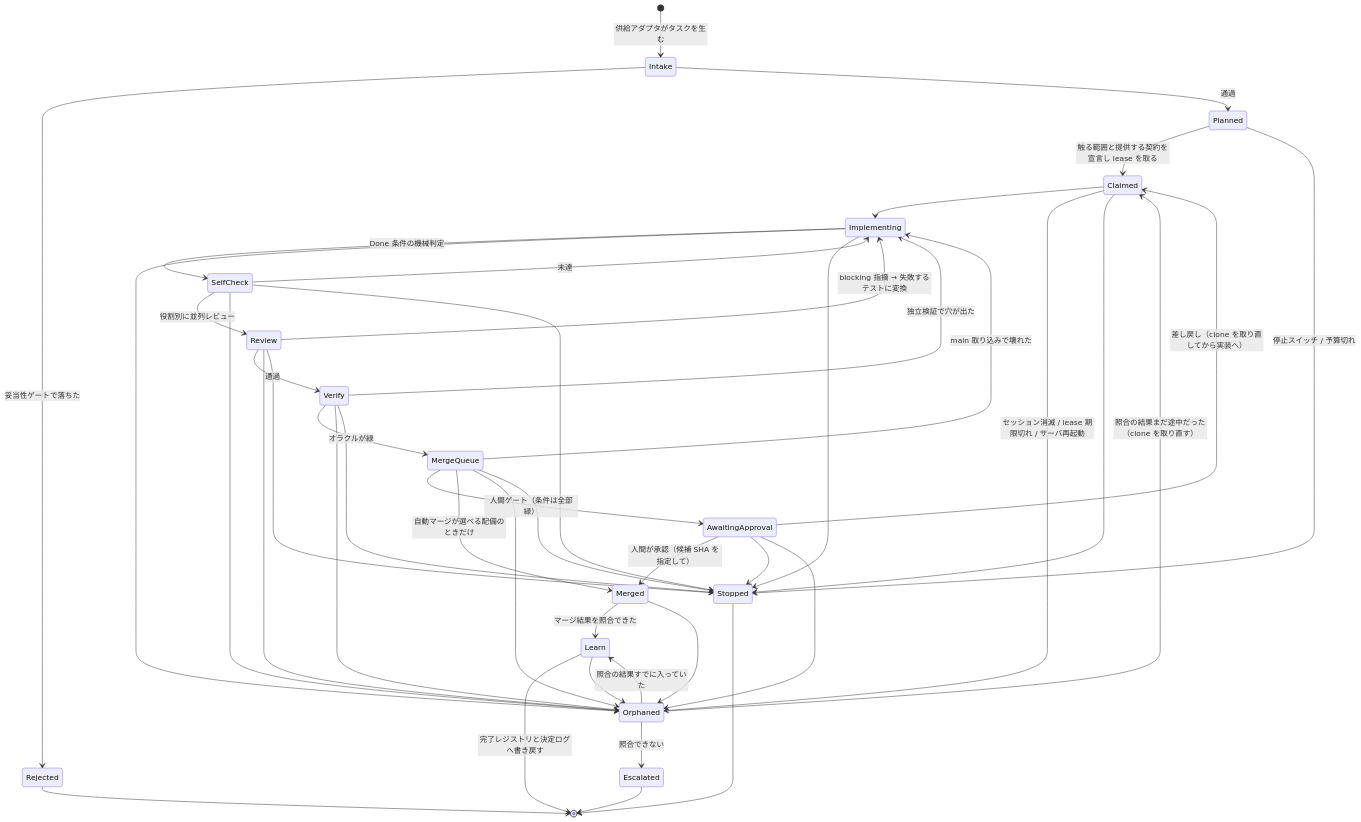
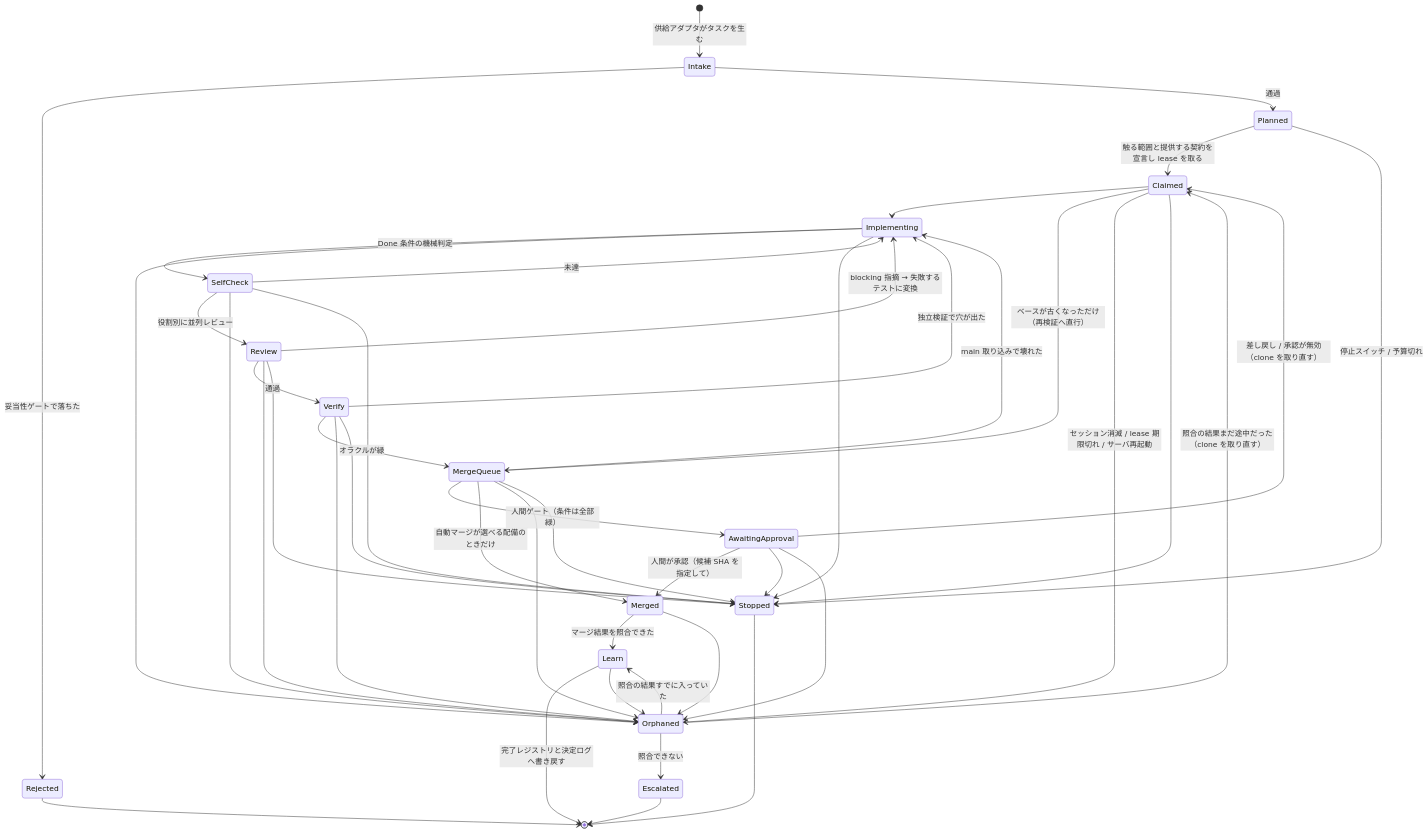
One commit to highfar-projects/mulmoterminal changed the first of 2 diagrams in future/autonomous-delivery-pipeline.md. Above: the diagram before and after it, drawn with Mermaid. The commit also changed other lines of this file and 1 other file, not shown here.

````diff
--- a/future/autonomous-delivery-pipeline.md
+++ b/future/autonomous-delivery-pipeline.md
@@ -30,46 +30,47 @@
 ```mermaid
 stateDiagram-v2
     [*] --> Intake: 供給アダプタがタスクを生む
     Intake --> Rejected: 妥当性ゲートで落ちた
     Intake --> Planned: 通過
     Planned --> Claimed: 触る範囲と提供する契約を宣言し lease を取る
     Claimed --> Implementing
+    Claimed --> MergeQueue: ベースが古くなっただけ（再検証へ直行）
     Implementing --> SelfCheck: Done 条件の機械判定
     SelfCheck --> Implementing: 未達
     SelfCheck --> Review: 役割別に並列レビュー
     SelfCheck --> Orphaned
     SelfCheck --> Stopped
     Review --> Implementing: blocking 指摘 → 失敗するテストに変換
     Review --> Verify: 通過
     Verify --> Implementing: 独立検証で穴が出た
     Verify --> MergeQueue: オラクルが緑
     MergeQueue --> Implementing: main 取り込みで壊れた
     MergeQueue --> AwaitingApproval: 人間ゲート（条件は全部緑）
     AwaitingApproval --> Merged: 人間が承認（候補 SHA を指定して）
-    AwaitingApproval --> Claimed: 差し戻し（clone を取り直してから実装へ）
+    AwaitingApproval --> Claimed: 差し戻し / 承認が無効（clone を取り直す）
     MergeQueue --> Merged: 自動マージが選べる配備のときだけ
     Merged --> Learn: マージ結果を照合できた
     Learn --> [*]: 完了レジストリと決定ログへ書き戻す
     Rejected --> [*]
 
     Claimed --> Orphaned: セッション消滅 / lease 期限切れ / サーバ再起動
     Implementing --> Orphaned
     Review --> Orphaned
     Verify --> Orphaned
     MergeQueue --> Orphaned
     Merged --> Orphaned
     Learn --> Orphaned
     Orphaned --> Claimed: 照合の結果まだ途中だった（clone を取り直す）
     Orphaned --> Learn: 照合の結果すでに入っていた
     Orphaned --> Escalated: 照合できない
     Planned --> Stopped: 停止スイッチ / 予算切れ
     Claimed --> Stopped
     Implementing --> Stopped
     Review --> Stopped
     Verify --> Stopped
     MergeQueue --> Stopped
     AwaitingApproval --> Stopped
     AwaitingApproval --> Orphaned
     Escalated --> [*]
     Stopped --> [*]
 ```
````
